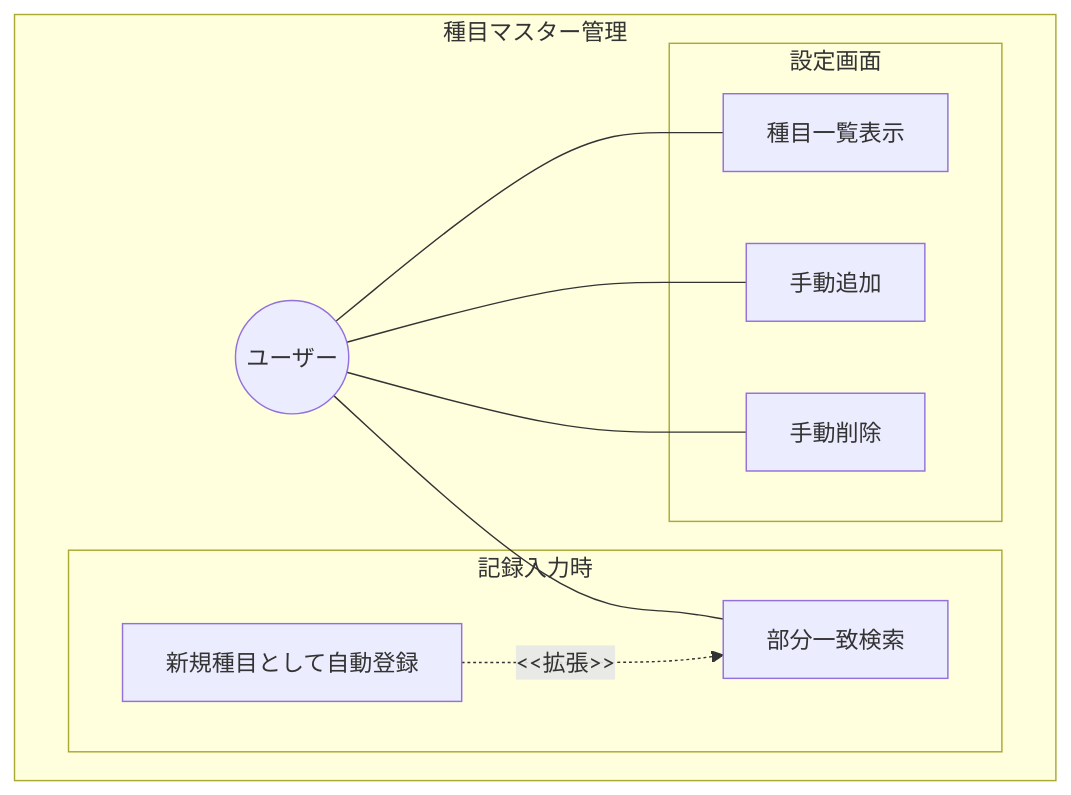
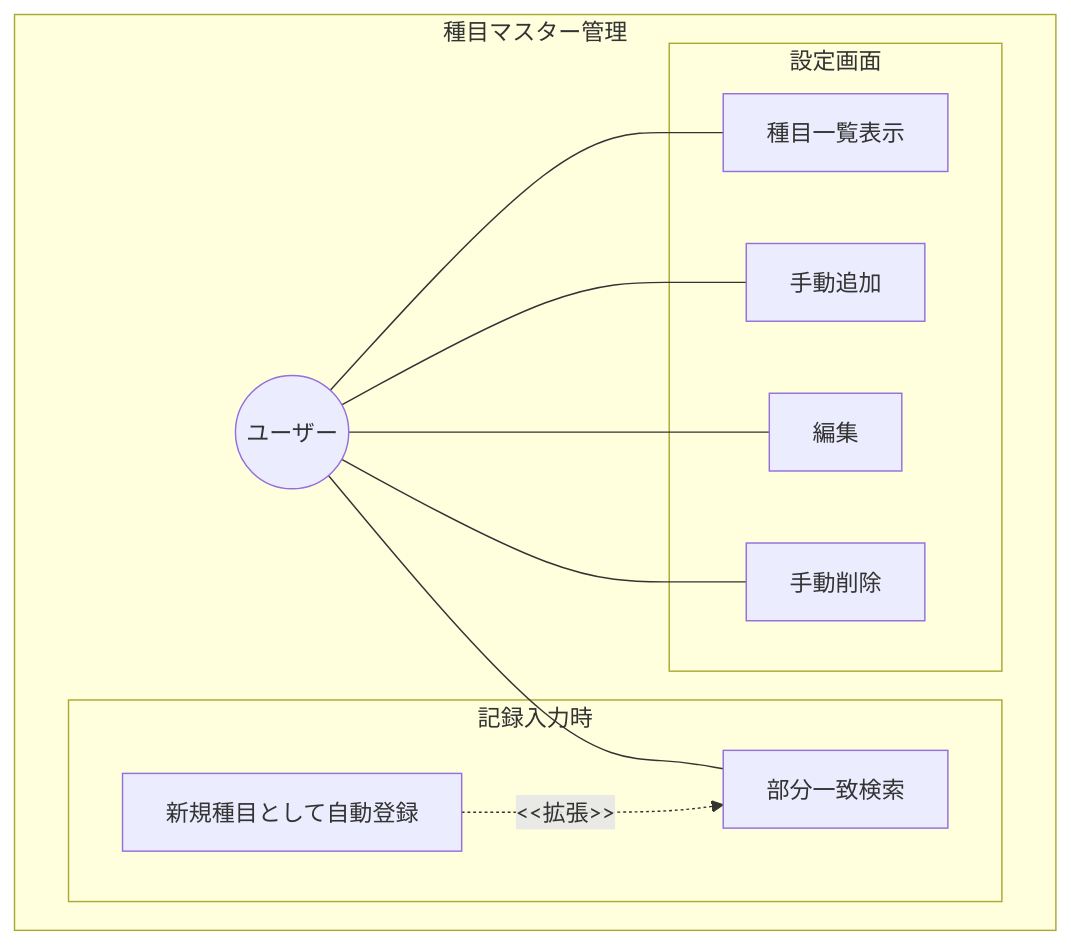
One commit to SakumaTakuya/gymini changed the first of 2 diagrams in .sdd/requirement/exercise-master/index.md. Above: the diagram before and after it, drawn with Mermaid. The commit also changed other lines of this file and 12 other files, not shown here.

````diff
--- a/.sdd/requirement/exercise-master/index.md
+++ b/.sdd/requirement/exercise-master/index.md
@@ -30,23 +30,25 @@
 ```mermaid
 graph TB
     subgraph "種目マスター管理"
         User((ユーザー))
 
         subgraph "記録入力時"
             Search[部分一致検索]
             AutoRegister[新規種目として自動登録]
         end
 
         subgraph "設定画面"
             ListExercises[種目一覧表示]
             ManualAdd[手動追加]
+            ManualEdit[編集]
             ManualDelete[手動削除]
         end
     end
 
     User --- Search
     User --- ListExercises
     User --- ManualAdd
+    User --- ManualEdit
     User --- ManualDelete
     AutoRegister -.->|"<<拡張>>"| Search
 ```
````
